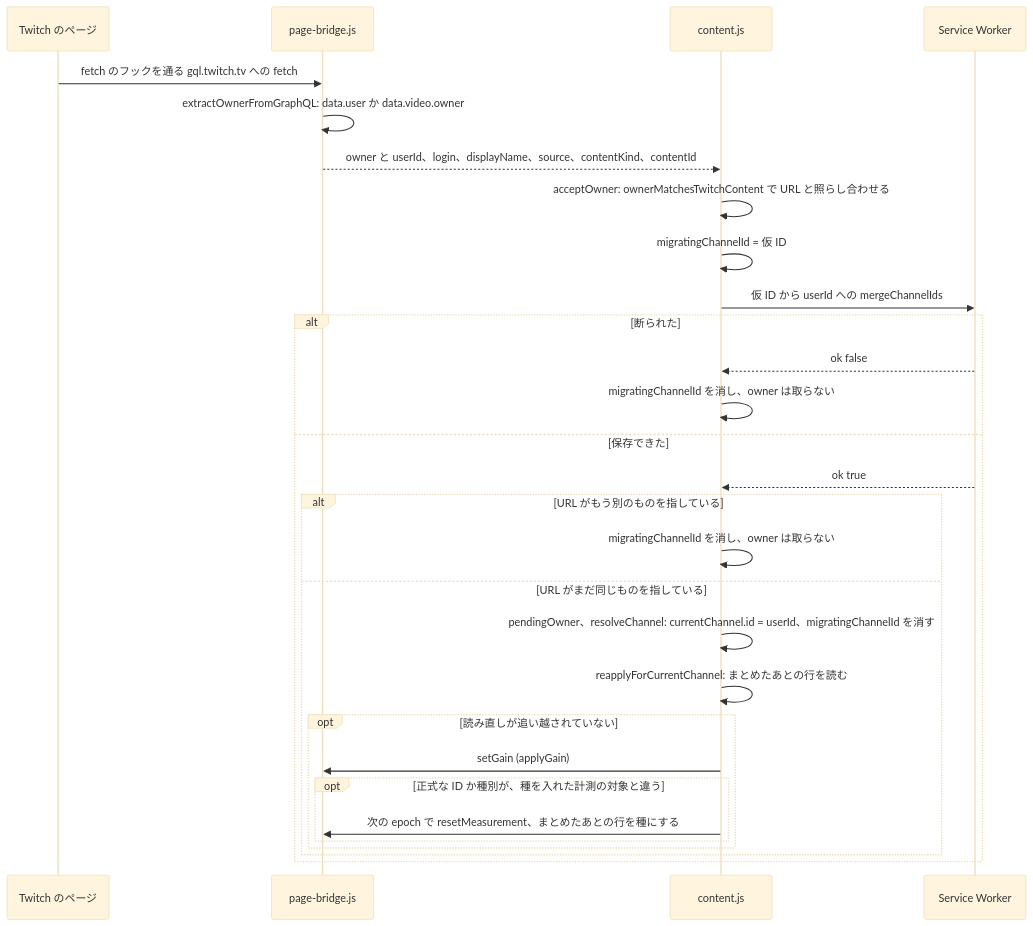
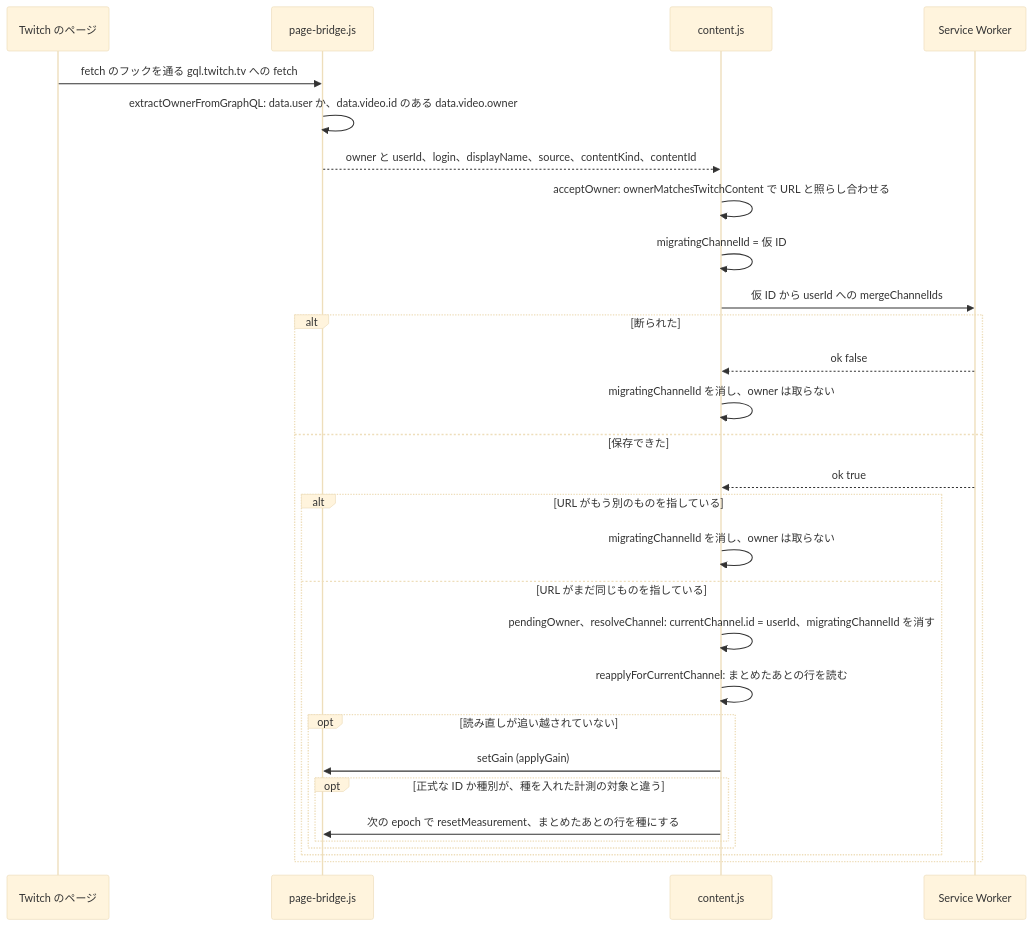
Before and after one commit to semnil/twitch-channel-volume: diagram 11 of 17 in docs/gain-change-and-save.ja.md, drawn with Mermaid (base theme). The commit also changed other lines of this file and 5 other files, not shown here.

First line of the commit message:
fix: take no owner from a GraphQL video answer that names no video

````diff
--- a/docs/gain-change-and-save.ja.md
+++ b/docs/gain-change-and-save.ja.md
@@ -471,31 +471,31 @@
 ```mermaid
 sequenceDiagram
   participant page as Twitch のページ
   participant bridge as page-bridge.js
   participant content as content.js
   participant sw as Service Worker
   page->>bridge: fetch のフックを通る gql.twitch.tv への fetch
-  bridge->>bridge: extractOwnerFromGraphQL: data.user か data.video.owner
+  bridge->>bridge: extractOwnerFromGraphQL: data.user か、data.video.id のある data.video.owner
   bridge-->>content: owner と userId、login、displayName、source、contentKind、contentId
   content->>content: acceptOwner: ownerMatchesTwitchContent で URL と照らし合わせる
   content->>content: migratingChannelId = 仮 ID
   content->>sw: 仮 ID から userId への mergeChannelIds
   alt 断られた
     sw-->>content: ok false
     content->>content: migratingChannelId を消し、owner は取らない
   else 保存できた
     sw-->>content: ok true
     alt URL がもう別のものを指している
       content->>content: migratingChannelId を消し、owner は取らない
     else URL がまだ同じものを指している
       content->>content: pendingOwner、resolveChannel: currentChannel.id = userId、migratingChannelId を消す
       content->>content: reapplyForCurrentChannel: まとめたあとの行を読む
       opt 読み直しが追い越されていない
         content->>bridge: setGain (applyGain)
         opt 正式な ID か種別が、種を入れた計測の対象と違う
           content->>bridge: 次の epoch で resetMeasurement、まとめたあとの行を種にする
         end
       end
     end
   end
 ```
````
